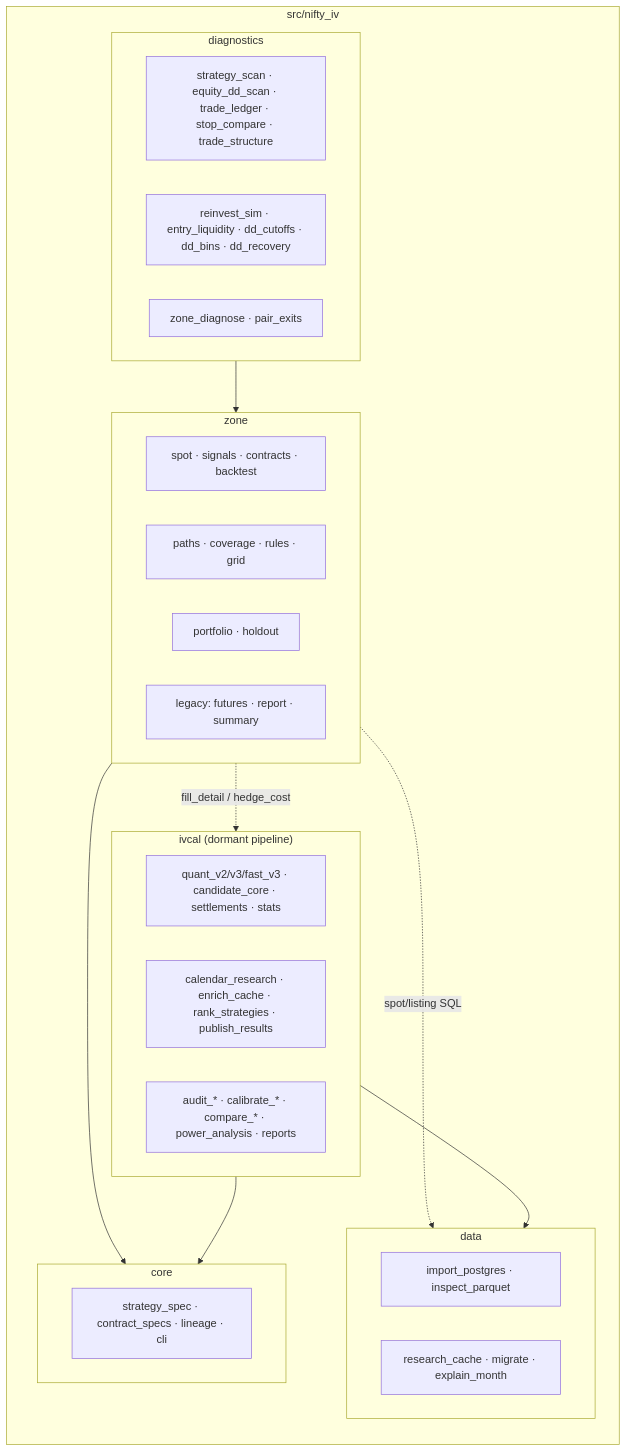
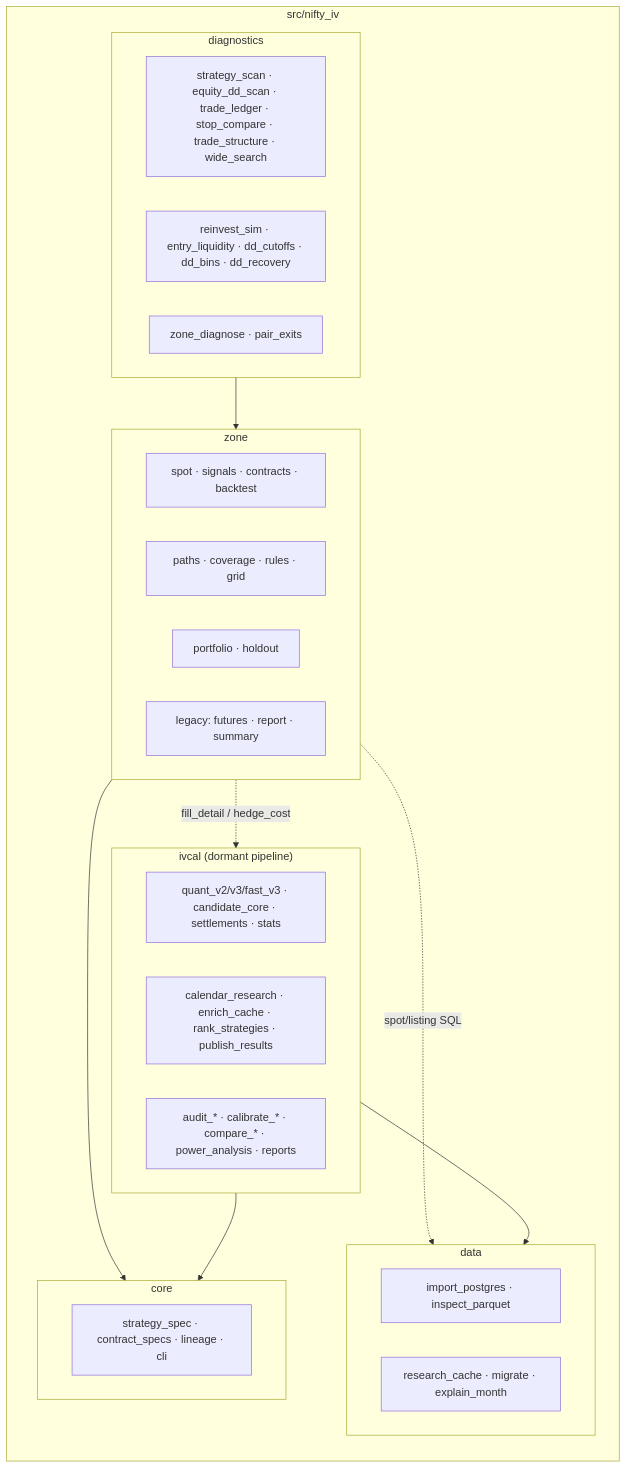
Diagram 13 of 14 in README.md (UBags/NIFTY_IV_RESEARCH), drawn with Mermaid before and after one commit. The commit also changed other lines of this file and 4 other files, not shown here.

First line of the commit message:
nifty-diag-wide-search: every strategy -> a stable account (stage 1 scan, exact pool, greedy account, baskets, LOYO)

````diff
--- a/README.md
+++ b/README.md
@@ -518,35 +520,35 @@
 ```mermaid
 flowchart LR
     subgraph PKG["src/nifty_iv"]
         direction TB
         subgraph CORE["core"]
             c1[strategy_spec · contract_specs · lineage · cli]
         end
         subgraph DATA["data"]
             d1[import_postgres · inspect_parquet]
             d2[research_cache · migrate · explain_month]
         end
         subgraph ZONE["zone"]
             z1[spot · signals · contracts · backtest]
             z2[paths · coverage · rules · grid]
             z3[portfolio · holdout]
             z4[legacy: futures · report · summary]
         end
         subgraph DIAG["diagnostics"]
-            g1[strategy_scan · equity_dd_scan · trade_ledger · stop_compare · trade_structure]
+            g1[strategy_scan · equity_dd_scan · trade_ledger · stop_compare · trade_structure · wide_search]
             g2[reinvest_sim · entry_liquidity · dd_cutoffs · dd_bins · dd_recovery]
             g3[zone_diagnose · pair_exits]
         end
         subgraph IV["ivcal (dormant pipeline)"]
             i1[quant_v2/v3/fast_v3 · candidate_core · settlements · stats]
             i2[calendar_research · enrich_cache · rank_strategies · publish_results]
             i3[audit_* · calibrate_* · compare_* · power_analysis · reports]
         end
     end
     ZONE --> CORE
     ZONE -. spot/listing SQL .-> DATA
     ZONE -. fill_detail / hedge_cost .-> IV
     DIAG --> ZONE
     IV --> CORE
     IV --> DATA
 ```
````
